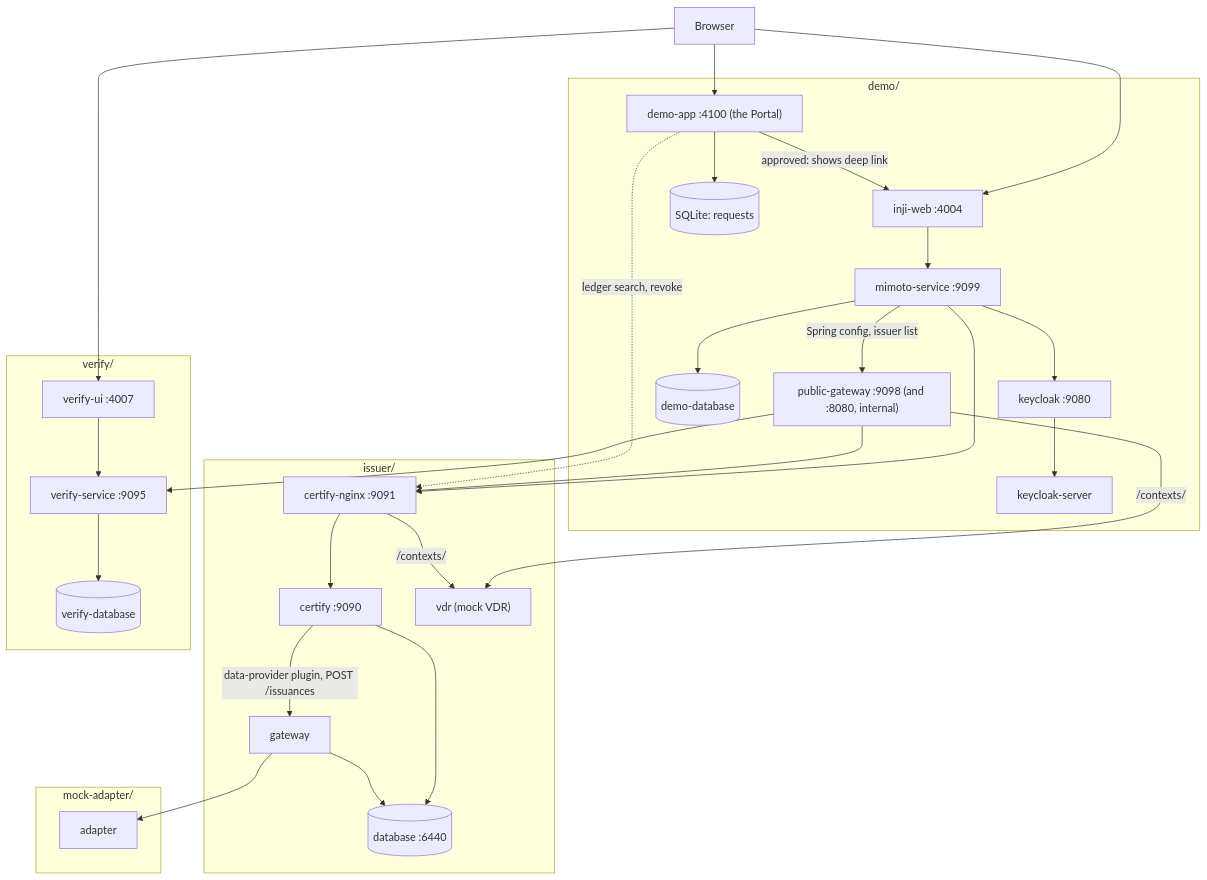
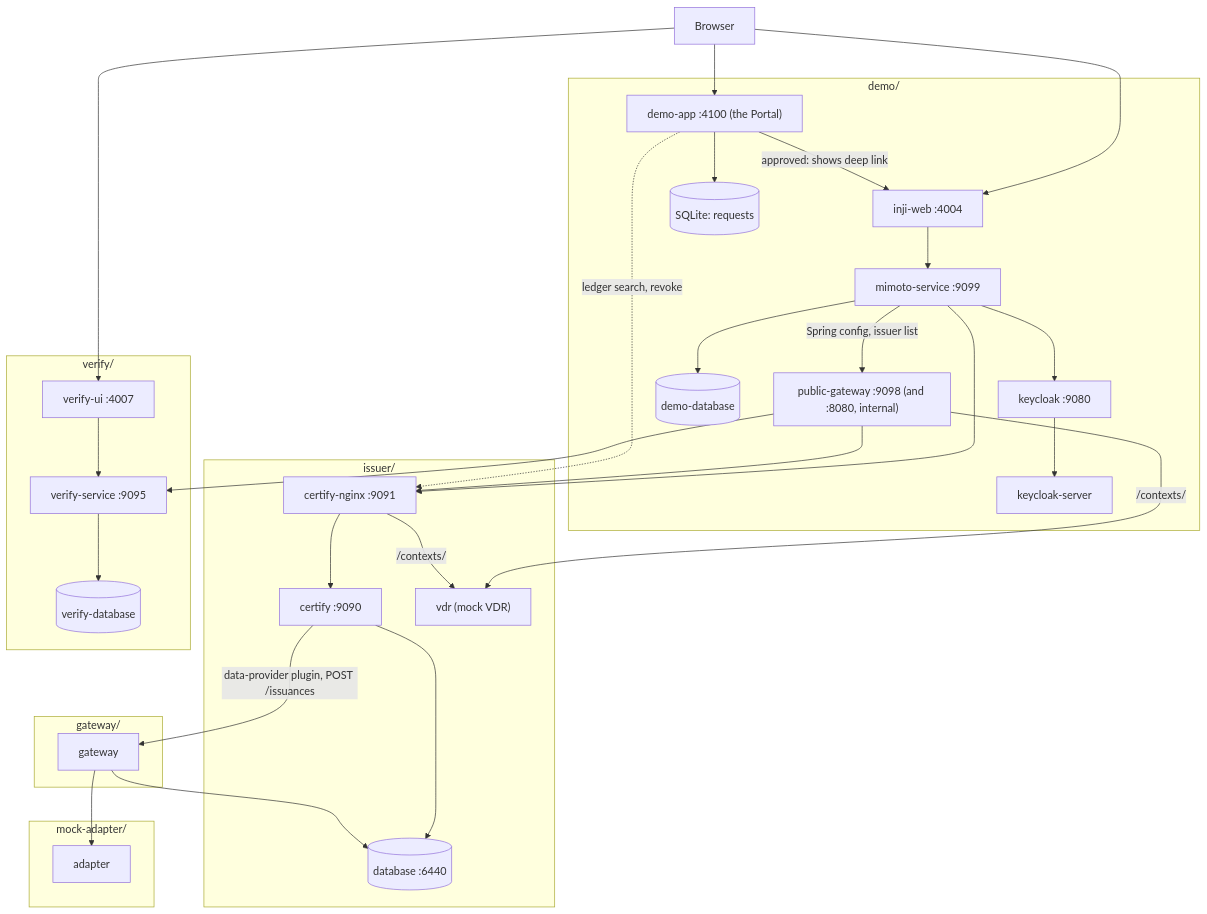
Before and after one commit to mosip-asia/ait-transcript: the diagram in wiki/architecture/vc-stack.md, drawn with Mermaid. The commit also changed other lines of this file and 8 other files, not shown here.

````diff
--- a/wiki/architecture/vc-stack.md
+++ b/wiki/architecture/vc-stack.md
@@ -14,39 +14,43 @@
 ```mermaid
 flowchart TD
   Browser["Browser"] --> DemoApp
   Browser --> Web
   Browser --> VerifyUI
 
   subgraph demo["demo/"]
     DemoApp["demo-app :4100 (the Portal)"] -->|approved: shows deep link| Web["inji-web :4004"]
     Web --> Mimoto["mimoto-service :9099"]
     Mimoto --> KeycloakNginx["keycloak :9080"] --> Keycloak["keycloak-server"]
     Mimoto --> DemoDB[("demo-database")]
     Mimoto -->|Spring config, issuer list| PublicGateway["public-gateway :9098 (and :8080, internal)"]
     DemoApp --> SQLite[("SQLite: requests")]
   end
 
   subgraph issuer["issuer/"]
     CertifyNginx["certify-nginx :9091"] --> Certify["certify :9090"]
-    Certify -->|"data-provider plugin, POST /issuances"| Gateway["gateway"]
     Certify --> DB[("database :6440")]
-    Gateway --> DB
     VDR["vdr (mock VDR)"]
+  end
+
+  subgraph gateway["gateway/"]
+    Gateway["gateway"]
   end
 
   subgraph mockadapter["mock-adapter/"]
     Adapter["adapter"]
   end
 
   subgraph verify["verify/"]
     VerifyUI["verify-ui :4007"] --> VerifyAPI["verify-service :9095"] --> VerifyDB[("verify-database")]
   end
 
   Mimoto --> CertifyNginx
+  Certify -->|"data-provider plugin, POST /issuances"| Gateway
+  Gateway --> DB
   Gateway --> Adapter
   PublicGateway -->|/contexts/| VDR
   CertifyNginx -->|/contexts/| VDR
   PublicGateway --> CertifyNginx
   PublicGateway --> VerifyAPI
   DemoApp -.->|ledger search, revoke| CertifyNginx
 ```
````
